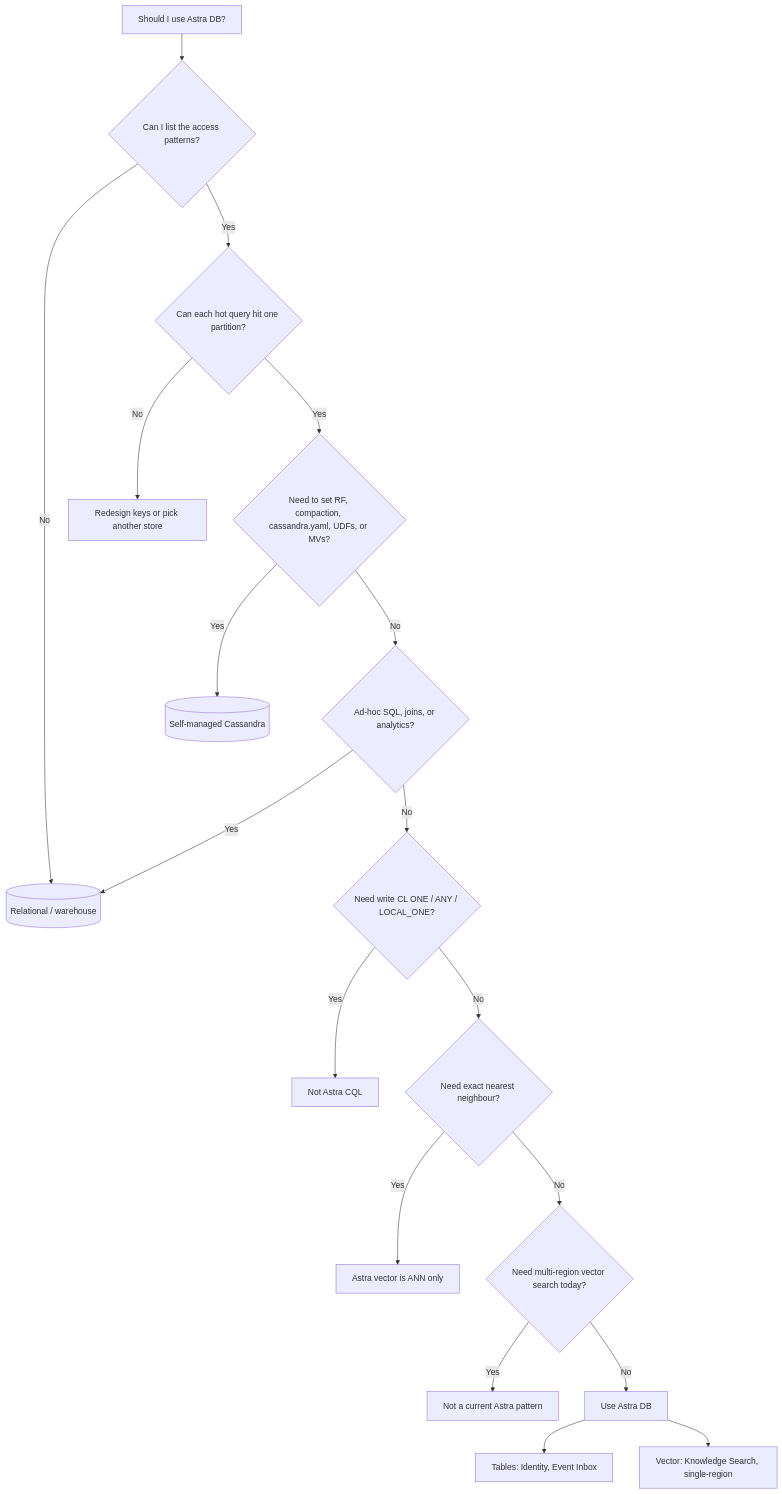
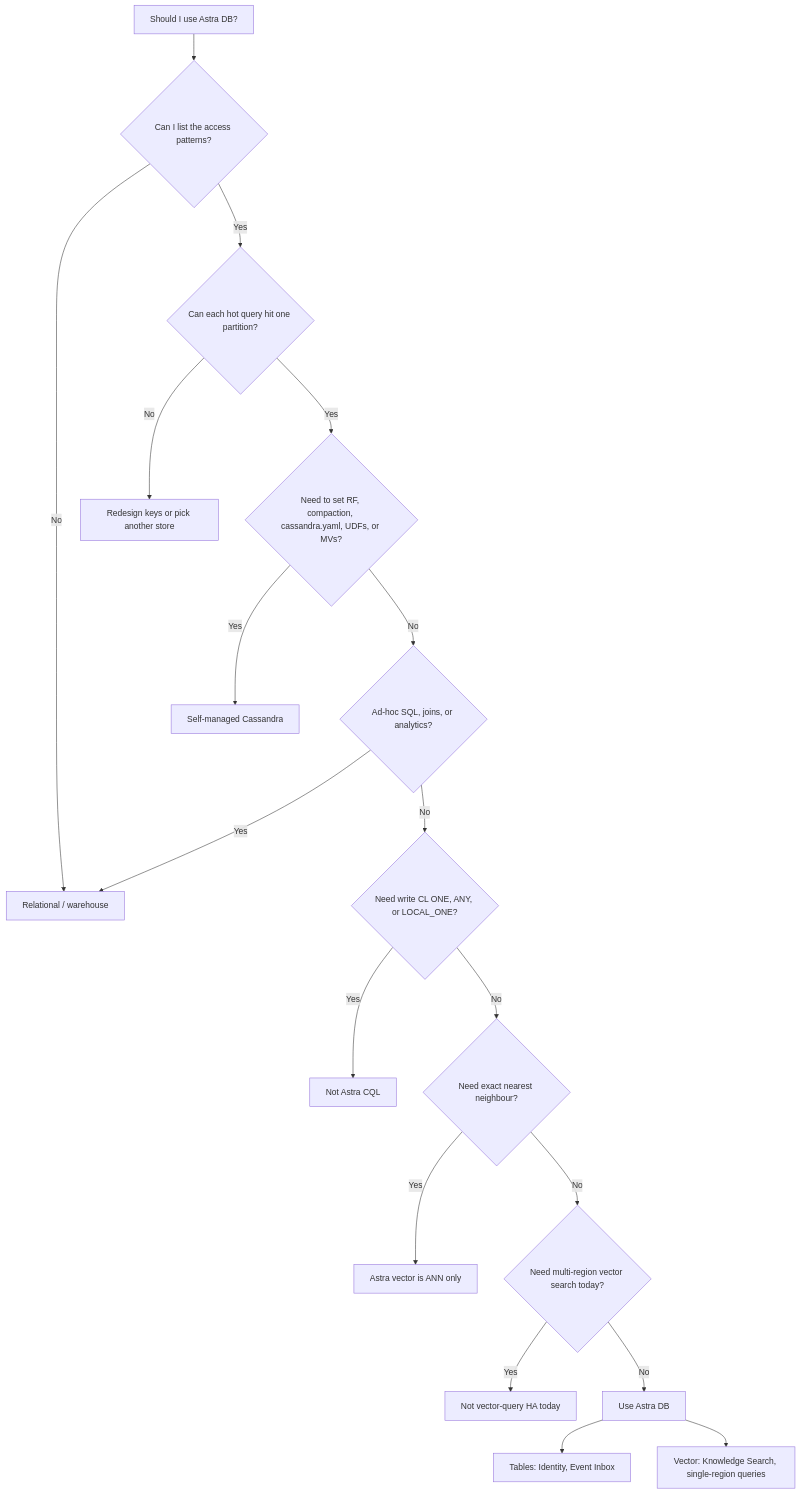
The first of 2 diagrams in 01-why-astra-db/why-astra-db.md (difli/astra-db-enablement), drawn with Mermaid before and after one commit. The commit also changed other lines of this file and 22 other files, not shown here.

Commit message:
Harden the workshop for v1.0: align docs and the sample app, make labs copy-pasteable, and add the take-home architecture checklist.

````diff
--- a/01-why-astra-db/why-astra-db.md
+++ b/01-why-astra-db/why-astra-db.md
@@ -32,20 +32,20 @@
 ```mermaid
 flowchart TD
-  start[Should I use Astra DB?] --> known{Can I list the access patterns?}
-  known -->|No| rdb[(Relational / warehouse)]
-  known -->|Yes| part{Can each hot query hit one partition?}
-  part -->|No| redesign[Redesign keys or pick another store]
-  part -->|Yes| ops{Need to set RF, compaction, cassandra.yaml, UDFs, or MVs?}
-  ops -->|Yes| cass[(Self-managed Cassandra)]
-  ops -->|No| analytic{Ad-hoc SQL, joins, or analytics?}
+  start["Should I use Astra DB?"] --> known{"Can I list the access patterns?"}
+  known -->|No| rdb["Relational / warehouse"]
+  known -->|Yes| part{"Can each hot query hit one partition?"}
+  part -->|No| redesign["Redesign keys or pick another store"]
+  part -->|Yes| ops{"Need to set RF, compaction, cassandra.yaml, UDFs, or MVs?"}
+  ops -->|Yes| cass["Self-managed Cassandra"]
+  ops -->|No| analytic{"Ad-hoc SQL, joins, or analytics?"}
   analytic -->|Yes| rdb
-  analytic -->|No| cl{Need write CL ONE / ANY / LOCAL_ONE?}
-  cl -->|Yes| notcql[Not Astra CQL]
-  cl -->|No| knn{Need exact nearest neighbour?}
-  knn -->|Yes| notvec[Astra vector is ANN only]
-  knn -->|No| mr{Need multi-region vector search today?}
-  mr -->|Yes| notmr[Not a current Astra pattern]
-  mr -->|No| yes[Use Astra DB]
-  yes --> tables[Tables: Identity, Event Inbox]
-  yes --> ks[Vector: Knowledge Search, single-region]
+  analytic -->|No| cl{"Need write CL ONE, ANY, or LOCAL_ONE?"}
+  cl -->|Yes| notcql["Not Astra CQL"]
+  cl -->|No| knn{"Need exact nearest neighbour?"}
+  knn -->|Yes| notvec["Astra vector is ANN only"]
+  knn -->|No| mr{"Need multi-region vector search today?"}
+  mr -->|Yes| notmr["Not vector-query HA today"]
+  mr -->|No| useAstra["Use Astra DB"]
+  useAstra --> tables["Tables: Identity, Event Inbox"]
+  useAstra --> ks["Vector: Knowledge Search, single-region queries"]
 ```
````
